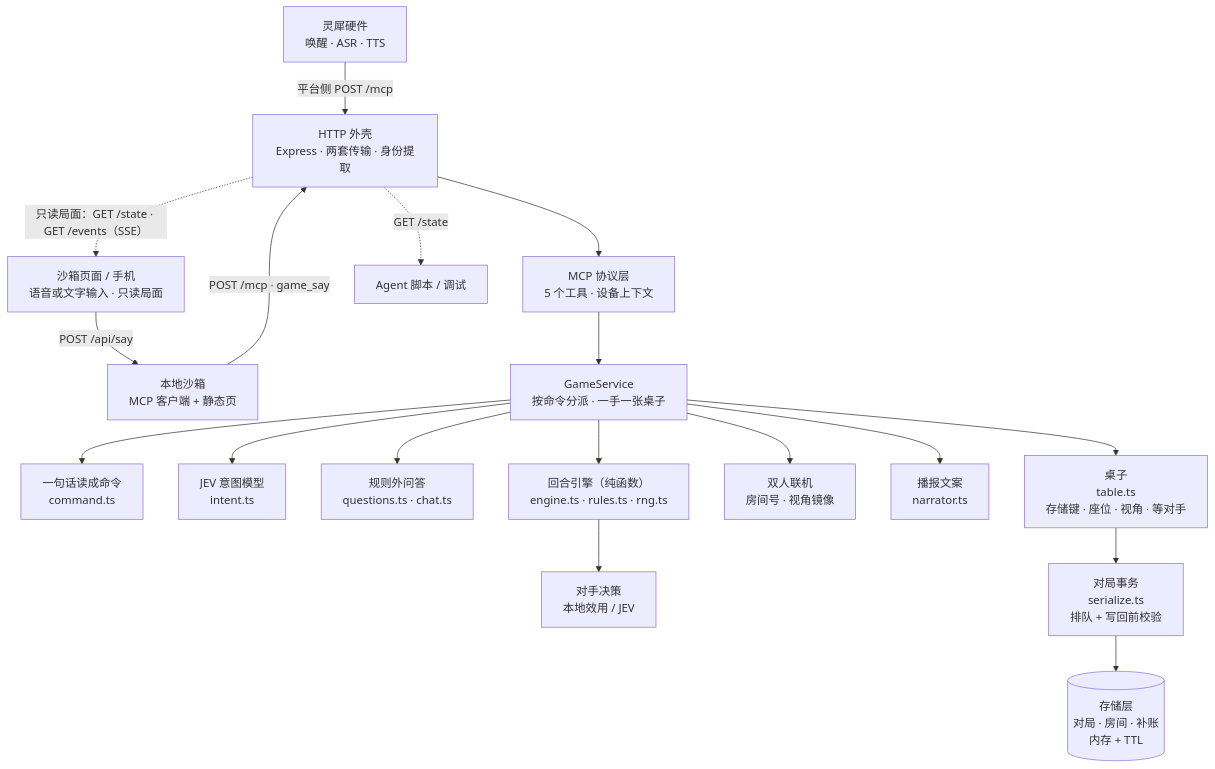
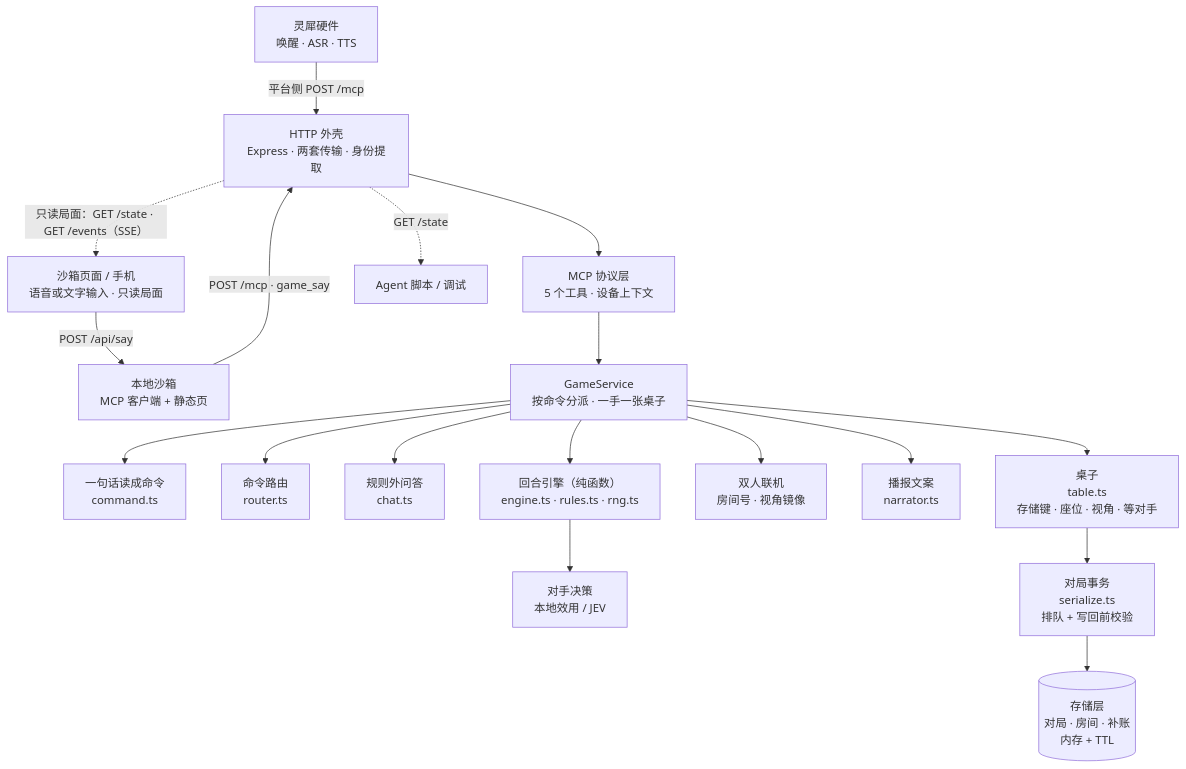
One commit to sorcerer-ma/linx-fighter changed the diagram in README.md. Above: the diagram before and after it, drawn with Mermaid. The commit also changed other lines of this file and 22 other files, not shown here.

````diff
--- a/README.md
+++ b/README.md
@@ -172,20 +172,20 @@
 ```mermaid
 flowchart TB
   Device["灵犀硬件<br/>唤醒 · ASR · TTS"] -- "平台侧 POST /mcp" --> Http
   Web["沙箱页面 / 手机<br/>语音或文字输入 · 只读局面"] -- "POST /api/say" --> Sandbox["本地沙箱<br/>MCP 客户端 + 静态页"]
   Sandbox -- "POST /mcp · game_say" --> Http
   Http["HTTP 外壳<br/>Express · 两套传输 · 身份提取"] --> Mcp["MCP 协议层<br/>5 个工具 · 设备上下文"]
   Mcp --> Service["GameService<br/>按命令分派 · 一手一张桌子"]
   Service --> Command["一句话读成命令<br/>command.ts"]
-  Service --> Intent["JEV 意图模型<br/>intent.ts"]
-  Service --> Chat["规则外问答<br/>questions.ts · chat.ts"]
+  Service --> Router["命令路由<br/>router.ts"]
+  Service --> Chat["规则外问答<br/>chat.ts"]
   Service --> Engine["回合引擎（纯函数）<br/>engine.ts · rules.ts · rng.ts"]
   Engine --> Enemy["对手决策<br/>本地效用 / JEV"]
   Service --> Pvp["双人联机<br/>房间号 · 视角镜像"]
   Service --> Narrator["播报文案<br/>narrator.ts"]
   Service --> Table["桌子<br/>table.ts<br/>存储键 · 座位 · 视角 · 等对手"]
   Table --> Tx["对局事务<br/>serialize.ts<br/>排队 + 写回前校验"]
   Tx --> Stores[("存储层<br/>对局 · 房间 · 补账<br/>内存 + TTL")]
   Http -.->|"只读局面：GET /state · GET /events（SSE）"| Web
   Http -.->|"GET /state"| Agent["Agent 脚本 / 调试"]
 ```
````
